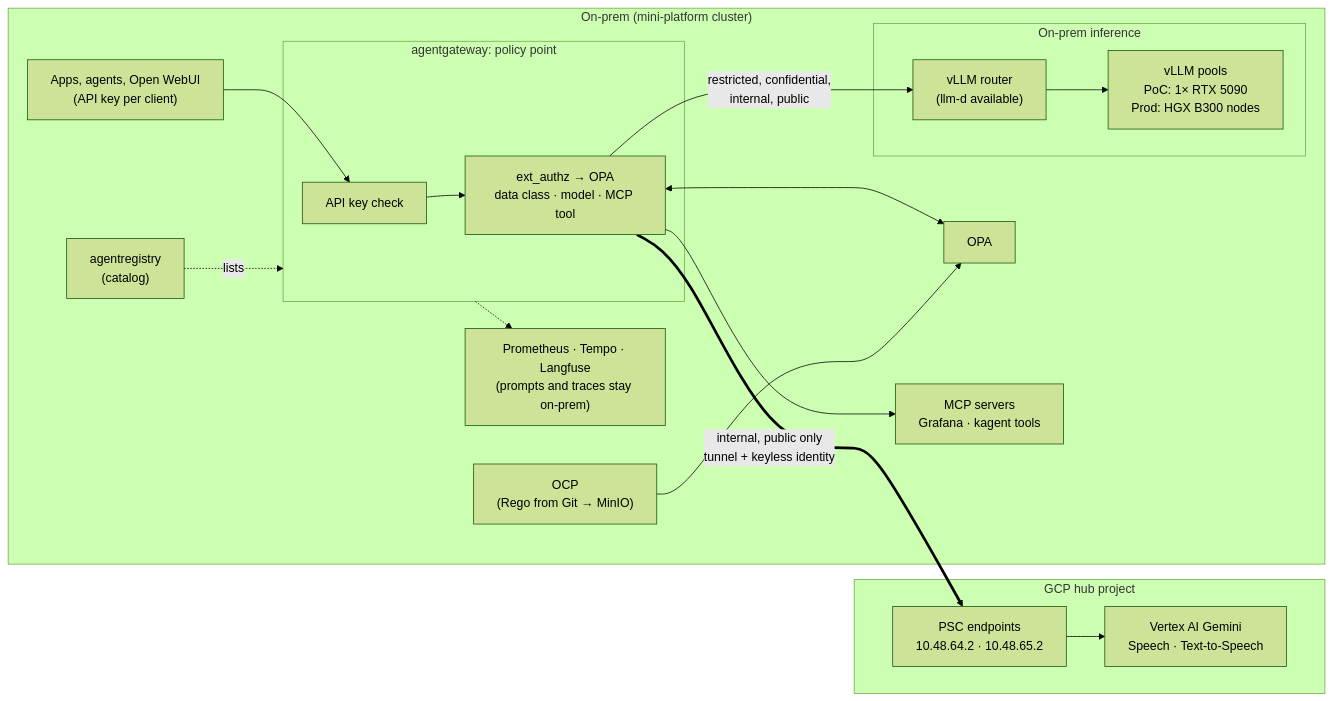
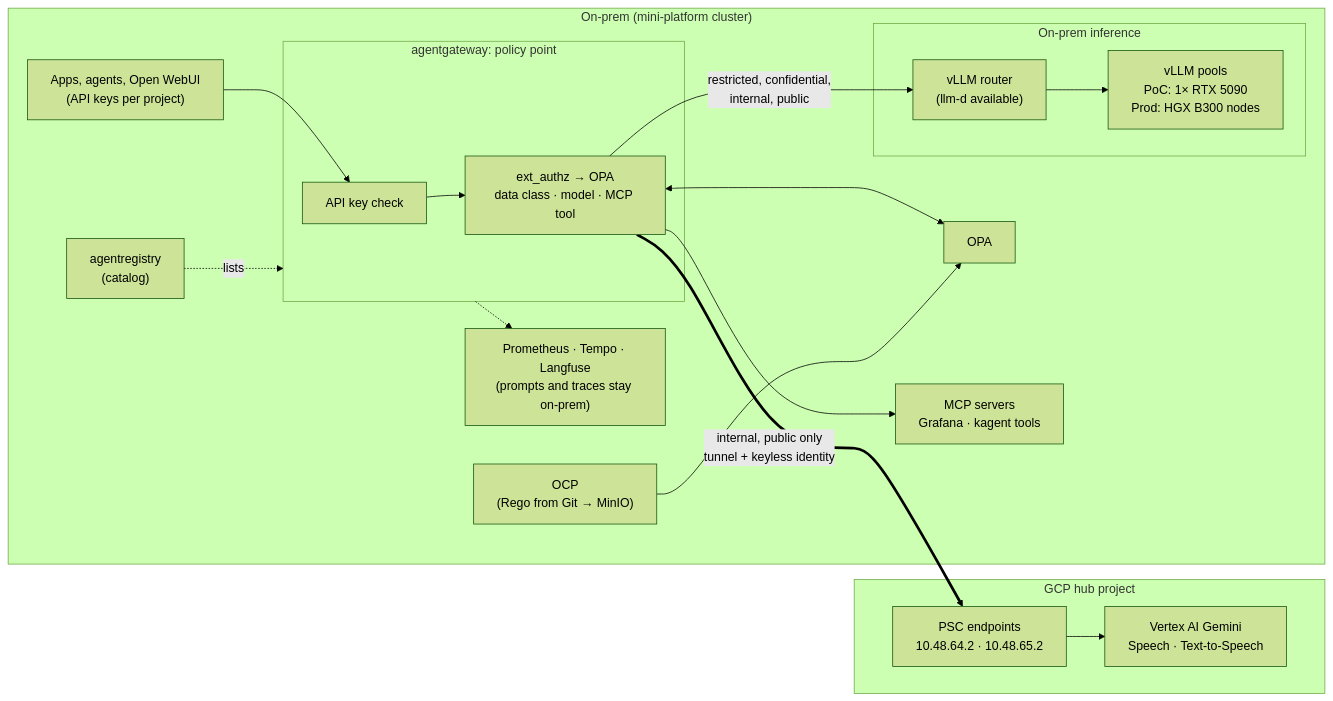
The diagram in docs/gcp/ai-inference.md (nolimitkun/mini-cloud), drawn with Mermaid (forest theme) before and after one commit. The commit also changed other lines of this file and 1 other file, not shown here.

First line of the commit message:
docs(gcp): AI inference policy is per project, not per client (#32)

````diff
--- a/docs/gcp/ai-inference.md
+++ b/docs/gcp/ai-inference.md
@@ -41,32 +44,32 @@
 ```mermaid
 flowchart LR
     subgraph onprem["On-prem (mini-platform cluster)"]
-        apps["Apps, agents, Open WebUI<br/>(API key per client)"]
+        apps["Apps, agents, Open WebUI<br/>(API keys per project)"]
         subgraph gwbox["agentgateway: policy point"]
             keys["API key check"]
             authz["ext_authz → OPA<br/>data class · model · MCP tool"]
         end
         opa["OPA"]
         ocp["OCP<br/>(Rego from Git → MinIO)"]
         reg["agentregistry<br/>(catalog)"]
         mcp["MCP servers<br/>Grafana · kagent tools"]
         subgraph tier1["On-prem inference"]
             sched["vLLM router<br/>(llm-d available)"]
             vllm["vLLM pools<br/>PoC: 1× RTX 5090<br/>Prod: HGX B300 nodes"]
         end
         obs["Prometheus · Tempo · Langfuse<br/>(prompts and traces stay on-prem)"]
     end
     subgraph gcp["GCP hub project"]
         psc["PSC endpoints<br/>10.48.64.2 · 10.48.65.2"]
         vertex["Vertex AI Gemini<br/>Speech · Text-to-Speech"]
     end
 
     apps --> keys --> authz
     authz <--> opa
     ocp --> opa
     reg -.->|"lists"| gwbox
     authz -->|"restricted, confidential,<br/>internal, public"| sched --> vllm
     authz ==>|"internal, public only<br/>tunnel + keyless identity"| psc --> vertex
     authz --> mcp
     gwbox -.-> obs
 ```
````
